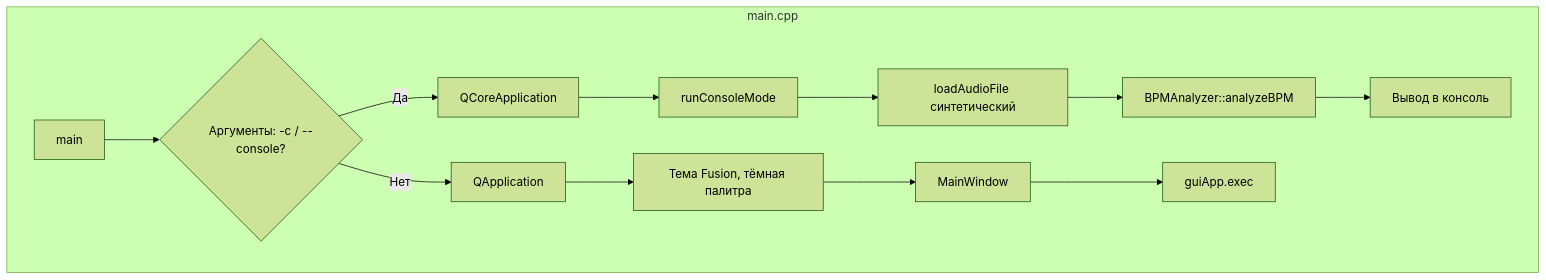
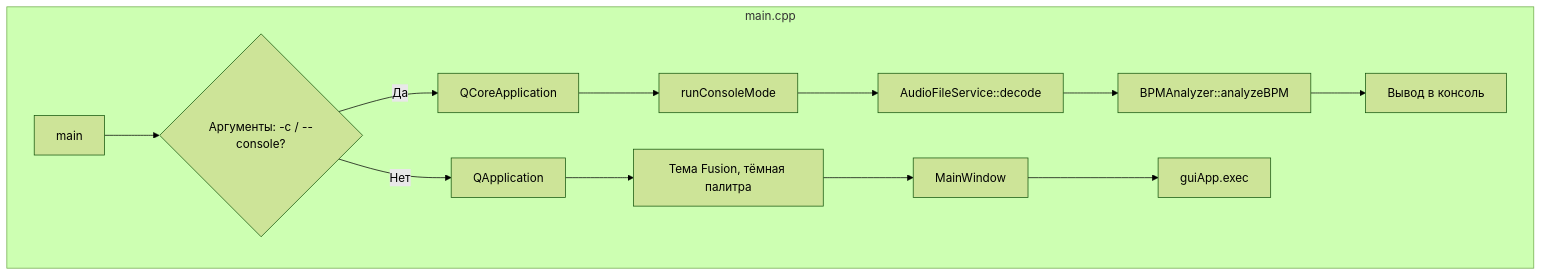
One commit to ili4yov-ika/DONTFLOAT changed the first of 10 diagrams in MARKDOWN/PROJECT_FLOWCHART.md. Above: the diagram before and after it, drawn with Mermaid (forest theme). The commit also changed other lines of this file and 18 other files, not shown here.

````diff
--- a/MARKDOWN/PROJECT_FLOWCHART.md
+++ b/MARKDOWN/PROJECT_FLOWCHART.md
@@ -13,15 +13,15 @@
 ```mermaid
 flowchart TB
     subgraph ENTRY["main.cpp"]
         A[main] --> B{Аргументы: -c / --console?}
         B -->|Да| C[QCoreApplication]
         B -->|Нет| D[QApplication]
         C --> E[runConsoleMode]
-        E --> F[loadAudioFile синтетический]
+        E --> F[AudioFileService::decode]
         F --> G[BPMAnalyzer::analyzeBPM]
         G --> H[Вывод в консоль]
         D --> I[Тема Fusion, тёмная палитра]
         I --> J[MainWindow]
         J --> K[guiApp.exec]
     end
 ```
````
